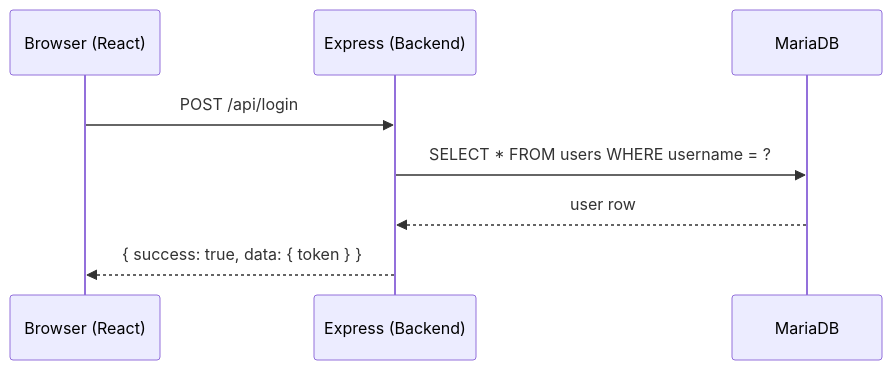
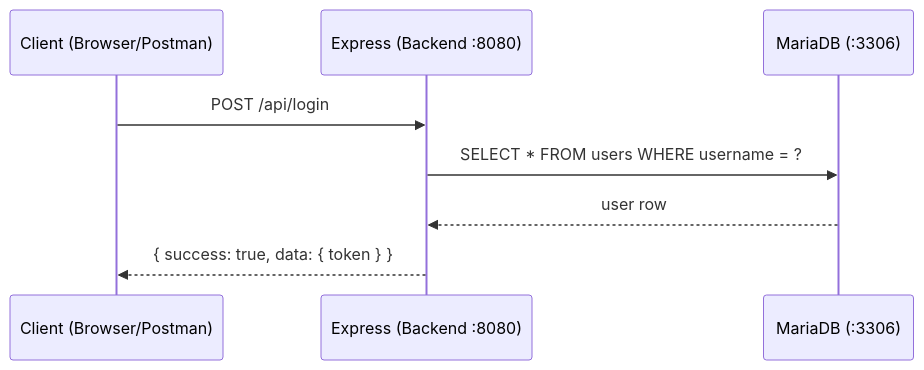
One commit to AfdolRatchanon/worldskill-2026-web-tech-docs changed the diagram in 02-intro.md. Above: the diagram before and after it, drawn with Mermaid. The commit also changed other lines of this file and 28 other files, not shown here.

````diff
--- a/02-intro.md
+++ b/02-intro.md
@@ -15,11 +33,11 @@
 ```mermaid
 sequenceDiagram
-  participant BR as Browser (React)
-  participant EX as Express (Backend)
-  participant DB as MariaDB
+  participant C as Client (Browser/Postman)
+  participant E as Express (Backend :8080)
+  participant D as MariaDB (:3306)
 
-  BR->>EX: POST /api/login
-  EX->>DB: SELECT * FROM users WHERE username = ?
-  DB-->>EX: user row
-  EX-->>BR: { success: true, data: { token } }
+  C->>E: POST /api/login
+  E->>D: SELECT * FROM users WHERE username = ?
+  D-->>E: user row
+  E-->>C: { success: true, data: { token } }
 ```
````
